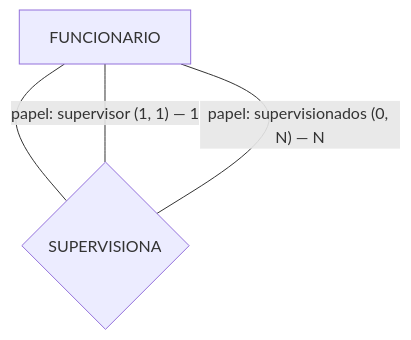
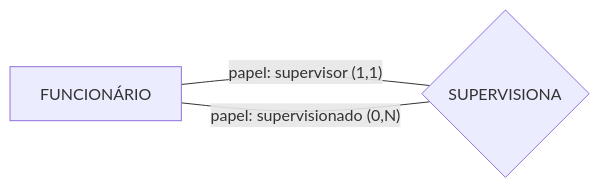
Before and after one commit to leorruas/puc: the ninth of 13 diagrams in 02. Modelagem de Dados/06. Modelagem de relacionamentos, cardinalidade e restrições de participação.md, drawn with Mermaid. The commit also changed other lines of this file, not shown here.

````diff
--- a/02. Modelagem de Dados/06. Modelagem de relacionamentos, cardinalidade e restrições de participação.md
+++ b/02. Modelagem de Dados/06. Modelagem de relacionamentos, cardinalidade e restrições de participação.md
@@ -170,6 +166,8 @@
 ```mermaid
-flowchart TD
-    Func["FUNCIONARIO"] --- Superv{"SUPERVISIONA"}
-    Superv ---|"papel: supervisor (1, 1) — 1"| Func
-    Superv ---|"papel: supervisionados (0, N) — N"| Func
+flowchart LR
+    Funcionario["FUNCIONÁRIO"]:::data
+    Supervisiona{"SUPERVISIONA"}:::core
+
+    Funcionario ---|"papel: supervisor (1,1)"| Supervisiona
+    Supervisiona ---|"papel: supervisionado (0,N)"| Funcionario
 ```
````
